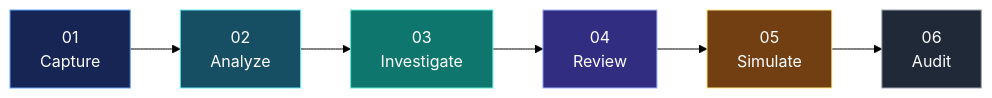
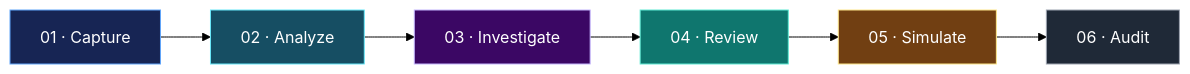
The second of 2 diagrams in README.md (akankshad1712/aegis-ai), drawn with Mermaid (forest theme) before and after one commit. The commit also changed other lines of this file, not shown here.

````diff
--- a/README.md
+++ b/README.md
@@ -252,18 +172,15 @@
 ```mermaid
 flowchart LR
-    A["01<br/>Capture"]
-    B["02<br/>Analyze"]
-    C["03<br/>Investigate"]
-    D["04<br/>Review"]
-    E["05<br/>Simulate"]
-    F["06<br/>Audit"]
-
-    A --> B --> C --> D --> E --> F
+    A["01 · Capture"] --> B["02 · Analyze"]
+    B --> C["03 · Investigate"]
+    C --> D["04 · Review"]
+    D --> E["05 · Simulate"]
+    E --> F["06 · Audit"]
 
     style A fill:#172554,color:#FFFFFF,stroke:#60A5FA
     style B fill:#164E63,color:#FFFFFF,stroke:#67E8F9
-    style C fill:#0F766E,color:#FFFFFF,stroke:#5EEAD4
-    style D fill:#312E81,color:#FFFFFF,stroke:#A5B4FC
+    style C fill:#3B0764,color:#FFFFFF,stroke:#C4B5FD
+    style D fill:#0F766E,color:#FFFFFF,stroke:#5EEAD4
     style E fill:#713F12,color:#FFFFFF,stroke:#FDE68A
     style F fill:#1F2937,color:#FFFFFF,stroke:#9CA3AF
 ```
````
